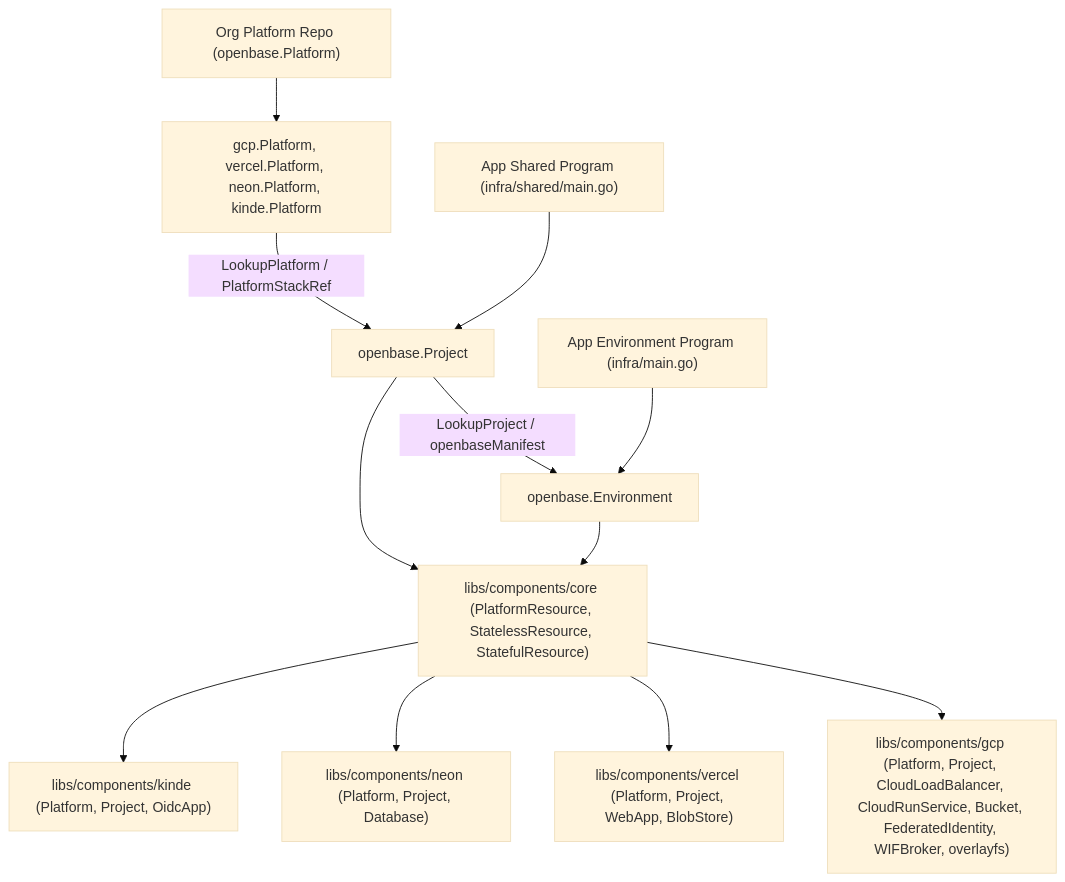
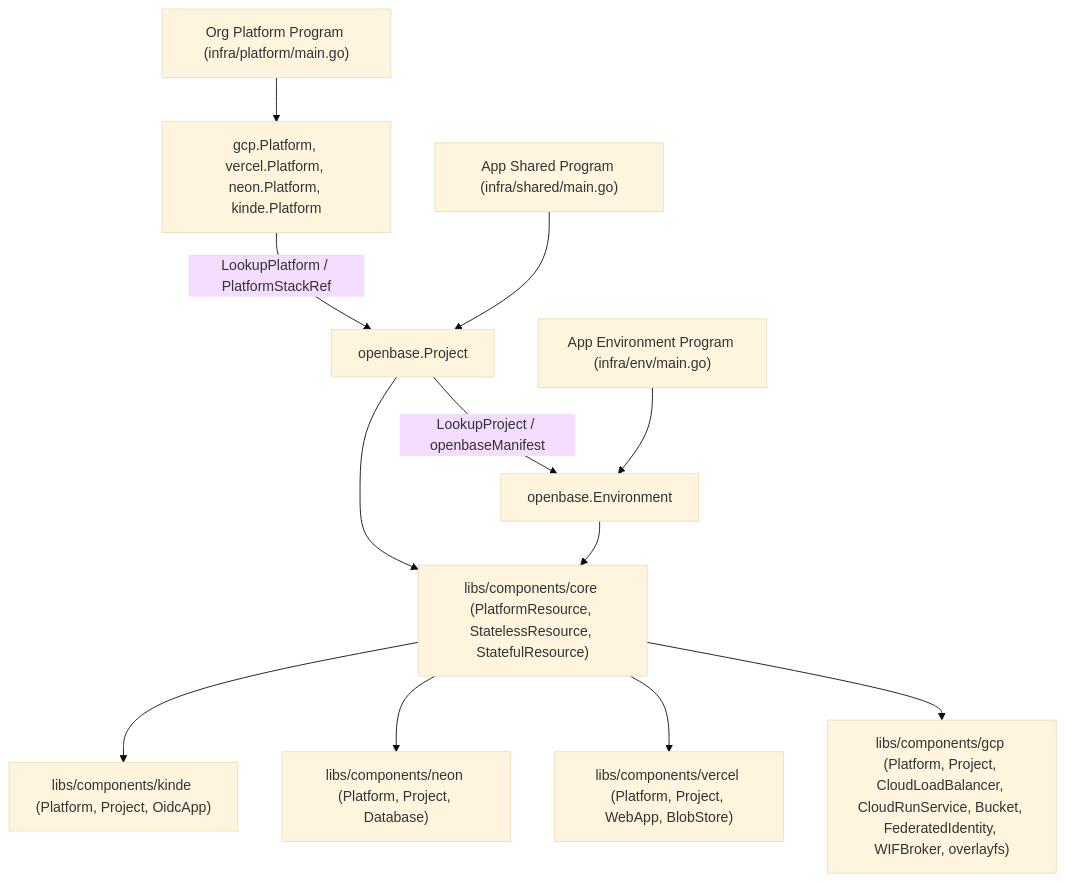
Before and after one commit to cloudvoyant/openbase: the diagram in README.md, drawn with Mermaid (base theme). The commit also changed other lines of this file and 36 other files, not shown here.

First line of the commit message:
refactor(e2e,docs): standardize infra/{platform,shared,env} layout

````diff
--- a/README.md
+++ b/README.md
@@ -5,14 +5,14 @@
 ```mermaid
 flowchart TD
-    OrgProg["Org Platform Repo (openbase.Platform)"] --> OrgBlocks["gcp.Platform, vercel.Platform, neon.Platform, kinde.Platform"]
+    OrgProg["Org Platform Program (infra/platform/main.go)"] --> OrgBlocks["gcp.Platform, vercel.Platform, neon.Platform, kinde.Platform"]
     ProjProg["App Shared Program (infra/shared/main.go)"] --> ProjScope["openbase.Project"]
-    EnvProg["App Environment Program (infra/main.go)"] --> EnvScope["openbase.Environment"]
+    EnvProg["App Environment Program (infra/env/main.go)"] --> EnvScope["openbase.Environment"]
     OrgBlocks -->|"LookupPlatform / PlatformStackRef"| ProjScope
     ProjScope -->|"LookupProject / openbaseManifest"| EnvScope
     ProjScope --> Core["libs/components/core (PlatformResource, StatelessResource, StatefulResource)"]
     EnvScope --> Core
     Core --> GCP["libs/components/gcp (Platform, Project, CloudLoadBalancer, CloudRunService, Bucket, FederatedIdentity, WIFBroker, overlayfs)"]
     Core --> Vercel["libs/components/vercel (Platform, Project, WebApp, BlobStore)"]
     Core --> Neon["libs/components/neon (Platform, Project, Database)"]
     Core --> Kinde["libs/components/kinde (Platform, Project, OidcApp)"]
 ```
````
